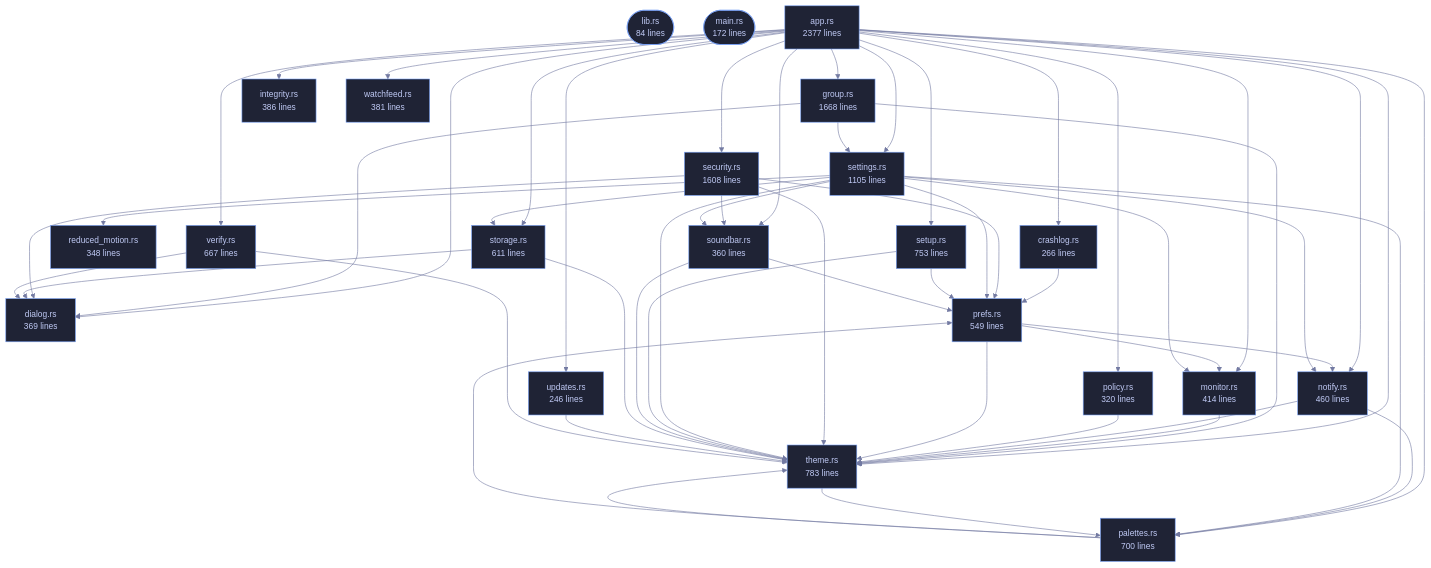
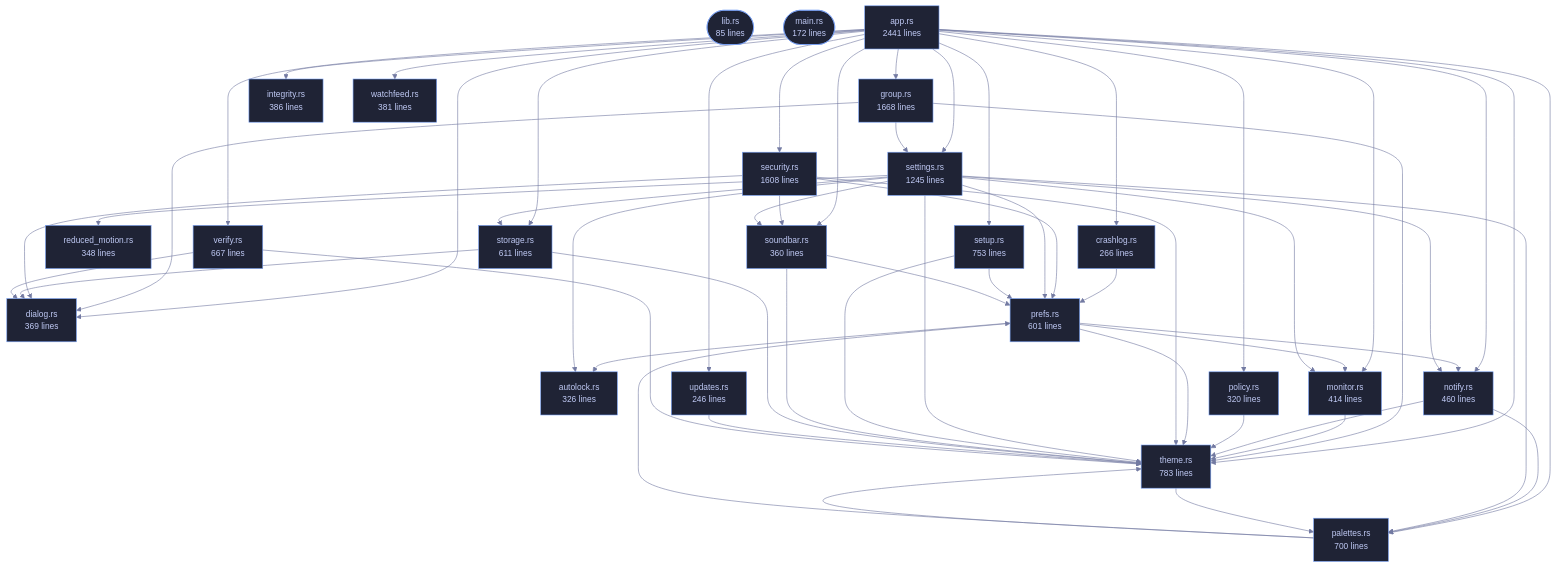
One commit to tilas01/veilvoice changed the diagram in crates/veilvoice-gui/README.md. Above: the diagram before and after it, drawn with Mermaid. The commit also changed other lines of this file and 48 other files, not shown here.

````diff
--- a/crates/veilvoice-gui/README.md
+++ b/crates/veilvoice-gui/README.md
@@ -94,9 +94,10 @@
 ```mermaid
 %%{init: {"theme":"base","themeVariables":{"background":"#1a1b26","primaryColor":"#1f2335","primaryTextColor":"#c0caf5","primaryBorderColor":"#7aa2f7","secondaryColor":"#16161e","tertiaryColor":"#16161e","lineColor":"#737aa2","textColor":"#c0caf5","mainBkg":"#1f2335","nodeBorder":"#7aa2f7","clusterBkg":"#16161e","clusterBorder":"#2f3549","fontFamily":"ui-monospace, SFMono-Regular, Consolas, monospace","fontSize":"14px"}}}%%
 flowchart TD
-    n_lib(["lib.rs<br/>84 lines"])
+    n_lib(["lib.rs<br/>85 lines"])
     n_main(["main.rs<br/>172 lines"])
-    n_app["app.rs<br/>2377 lines"]
+    n_app["app.rs<br/>2441 lines"]
+    n_autolock["autolock.rs<br/>326 lines"]
     n_crashlog["crashlog.rs<br/>266 lines"]
     n_dialog["dialog.rs<br/>369 lines"]
     n_group["group.rs<br/>1668 lines"]
@@ -105,10 +106,10 @@
     n_notify["notify.rs<br/>460 lines"]
     n_palettes["palettes.rs<br/>700 lines"]
     n_policy["policy.rs<br/>320 lines"]
-    n_prefs["prefs.rs<br/>549 lines"]
+    n_prefs["prefs.rs<br/>601 lines"]
     n_reduced_motion["reduced_motion.rs<br/>348 lines"]
     n_security["security.rs<br/>1608 lines"]
-    n_settings["settings.rs<br/>1105 lines"]
+    n_settings["settings.rs<br/>1245 lines"]
     n_setup["setup.rs<br/>753 lines"]
     n_soundbar["soundbar.rs<br/>360 lines"]
     n_storage["storage.rs<br/>611 lines"]
@@ -143,6 +144,7 @@
     n_palettes --> n_prefs
     n_palettes --> n_theme
     n_policy --> n_theme
+    n_prefs --> n_autolock
     n_prefs --> n_monitor
     n_prefs --> n_notify
     n_prefs --> n_theme
@@ -150,6 +152,7 @@
     n_security --> n_prefs
     n_security --> n_soundbar
     n_security --> n_theme
+    n_settings --> n_autolock
     n_settings --> n_monitor
     n_settings --> n_notify
     n_settings --> n_palettes
@@ -171,6 +174,7 @@
     click n_lib href "https://github.com/tilas01/veilvoice/blob/main/crates/veilvoice-gui/src/lib.rs" "open the source"
     click n_main href "https://github.com/tilas01/veilvoice/blob/main/crates/veilvoice-gui/src/main.rs" "open the source"
     click n_app href "https://github.com/tilas01/veilvoice/blob/main/crates/veilvoice-gui/src/app.rs" "open the source"
+    click n_autolock href "https://github.com/tilas01/veilvoice/blob/main/crates/veilvoice-gui/src/autolock.rs" "open the source"
     click n_crashlog href "https://github.com/tilas01/veilvoice/blob/main/crates/veilvoice-gui/src/crashlog.rs" "open the source"
     click n_dialog href "https://github.com/tilas01/veilvoice/blob/main/crates/veilvoice-gui/src/dialog.rs" "open the source"
     click n_group href "https://github.com/tilas01/veilvoice/blob/main/crates/veilvoice-gui/src/group.rs" "open the source"
````
